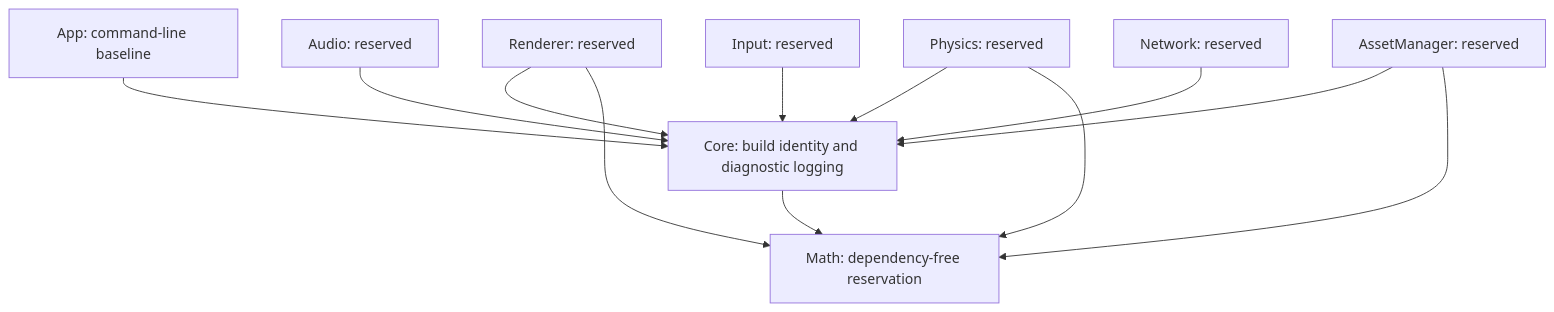
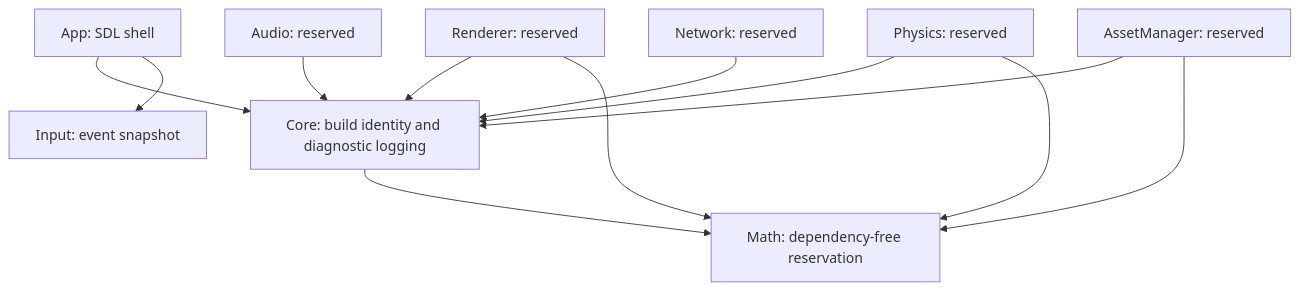
Before and after one commit to HellUponEarth/WiseEngine: the diagram in docs/ARCHITECTURE.md, drawn with Mermaid. The commit also changed other lines of this file and 14 other files, not shown here.

Commit message:
Add the WiseEngine 0.0.2 SDL application shell

````diff
--- a/docs/ARCHITECTURE.md
+++ b/docs/ARCHITECTURE.md
@@ -7,14 +7,14 @@
 ```mermaid
 flowchart TD
-    App[App: command-line baseline] --> Core[Core: build identity and diagnostic logging]
+    App[App: SDL shell] --> Core[Core: build identity and diagnostic logging]
     Core --> Math[Math: dependency-free reservation]
     Renderer[Renderer: reserved] --> Core
     Renderer --> Math
     Physics[Physics: reserved] --> Core
     Physics --> Math
     Audio[Audio: reserved] --> Core
-    Input[Input: reserved] --> Core
+    App --> Input[Input: event snapshot]
     Network[Network: reserved] --> Core
     AssetManager[AssetManager: reserved] --> Core
     AssetManager --> Math
 ```
````
